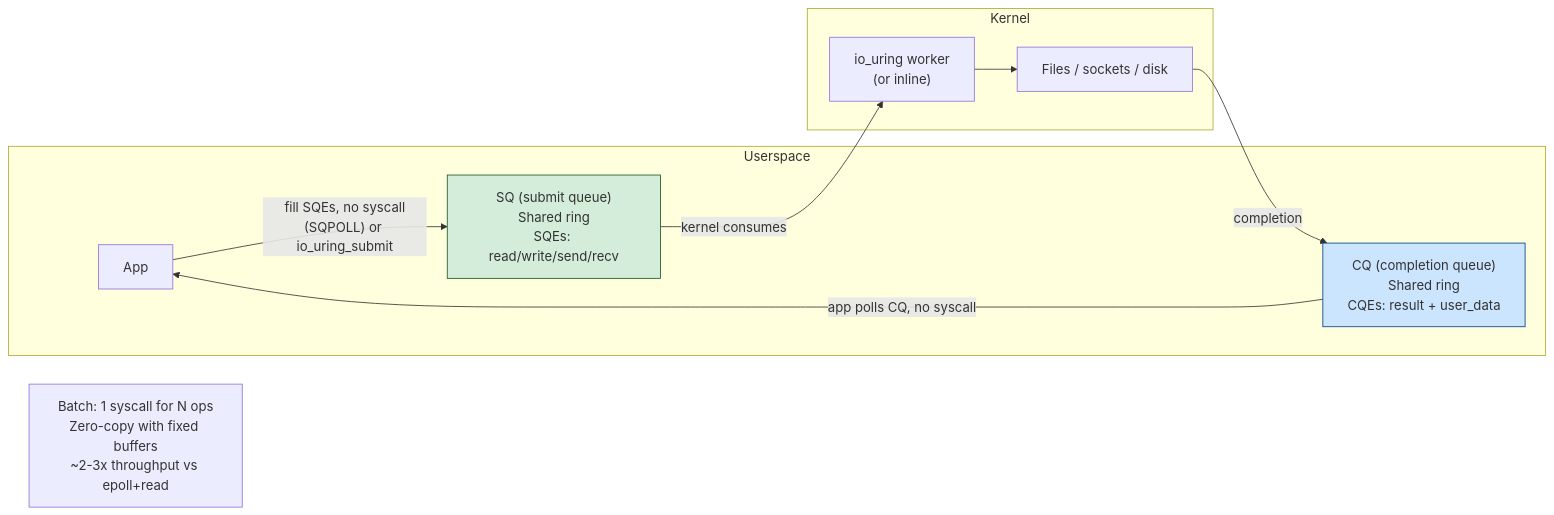
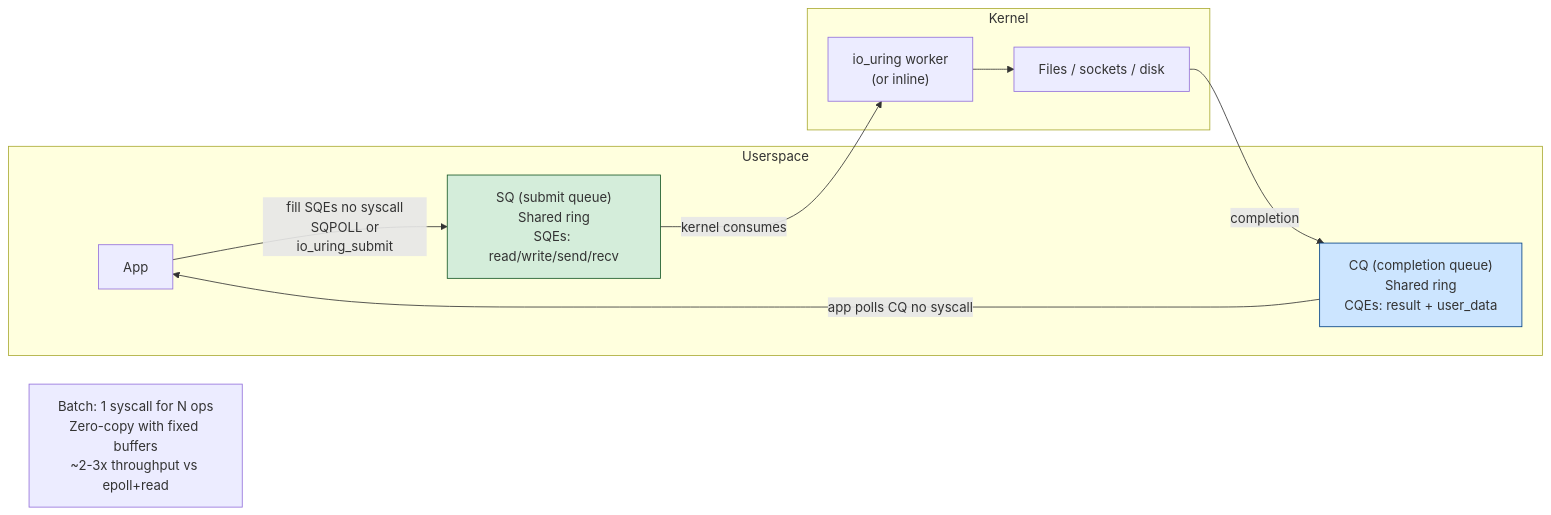
The sixth of 8 diagrams in vol-02-operating-systems-linux/ch07-linux-io.md (bumbsclaw/textbooks), drawn with Mermaid before and after one commit. The commit also changed other lines of this file and 173 other files, not shown here.

First line of the commit message:
fix(mermaid): close note brackets, semicolons in Notes, stateDiagram br -> dash, edge parens

````diff
--- a/vol-02-operating-systems-linux/ch07-linux-io.md
+++ b/vol-02-operating-systems-linux/ch07-linux-io.md
@@ -522,20 +522,20 @@
 ```mermaid
 flowchart LR
     subgraph User["Userspace"]
         App["App"]
         SQ["SQ (submit queue)<br/>Shared ring<br/>SQEs: read/write/send/recv"]
         CQ["CQ (completion queue)<br/>Shared ring<br/>CQEs: result + user_data"]
     end
     subgraph Kernel["Kernel"]
         Worker["io_uring worker<br/>(or inline)"]
         Files["Files / sockets / disk"]
     end
-    App -->|"fill SQEs, no syscall<br/>(SQPOLL) or io_uring_submit"| SQ
+    App -->|"fill SQEs no syscall<br > SQPOLL or io_uring_submit"| SQ
     SQ -->|"kernel consumes"| Worker
     Worker --> Files
     Files -->|"completion"| CQ
-    CQ -->|"app polls CQ, no syscall"| App
+    CQ -->|"app polls CQ no syscall"| App
     Note["Batch: 1 syscall for N ops<br/>Zero-copy with fixed buffers<br/>~2-3x throughput vs epoll+read"]
     style SQ fill:#d4edda,stroke:#155724
     style CQ fill:#cce5ff,stroke:#004085
 ```
````
